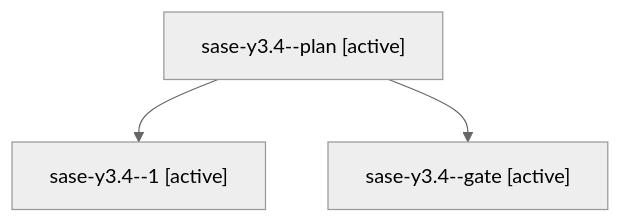
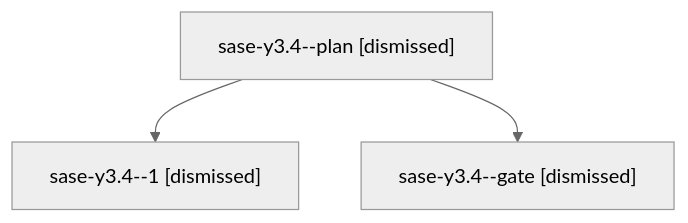
The diagram in sessions/bbugyi200.athena.sase-y3.4.md (sase-org/sase--agents), drawn with Mermaid (neutral theme) before and after one commit. The commit also changed other lines of this file and 206 other files, not shown here.

````diff
--- a/sessions/bbugyi200.athena.sase-y3.4.md
+++ b/sessions/bbugyi200.athena.sase-y3.4.md
@@ -9,8 +9,8 @@
 ```mermaid
 flowchart TD
-  n0["sase-y3.4--plan [active]"]
-  n1["sase-y3.4--1 [active]"]
+  n0["sase-y3.4--plan [dismissed]"]
+  n1["sase-y3.4--1 [dismissed]"]
   n0 --> n1
-  n2["sase-y3.4--gate [active]"]
+  n2["sase-y3.4--gate [dismissed]"]
   n0 --> n2
 ```
````
